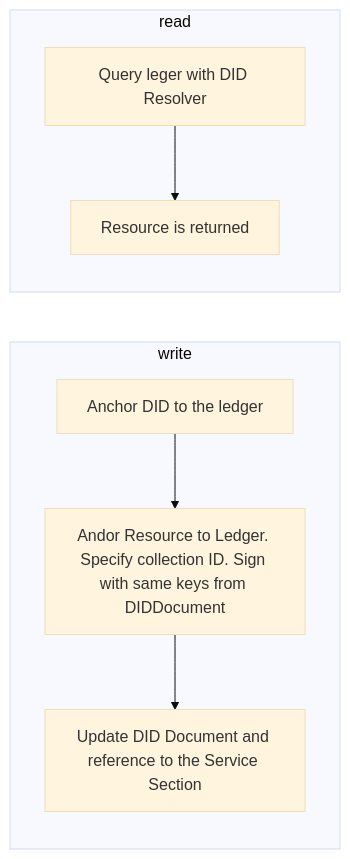
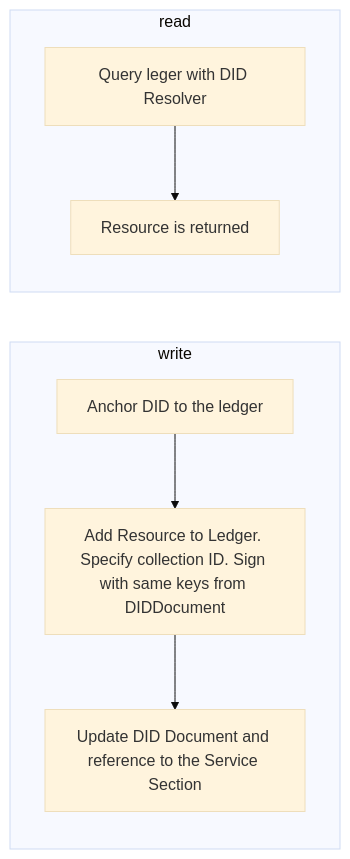
The third of 3 diagrams in content/posts/did_best_practices.md (andorsk/blog), drawn with Mermaid (base theme) before and after one commit. The commit also changed other lines of this file and 3 other files, not shown here.

````diff
--- a/content/posts/did_best_practices.md
+++ b/content/posts/did_best_practices.md
@@ -111,15 +162,15 @@
 ```mermaid
 graph LR
     subgraph write
         1[Anchor DID to the ledger]
-        2[Andor Resource to Ledger. Specify collection ID. Sign with same keys from DIDDocument]
+        2[Add Resource to Ledger. Specify collection ID. Sign with same keys from DIDDocument]
         3[Update DID Document and reference to the Service Section]
         1 --> 2 --> 3
     end
     subgraph read
         4[Query leger with DID Resolver]
         5[Resource is returned]
 
         4 --> 5
     end
 ```
````
